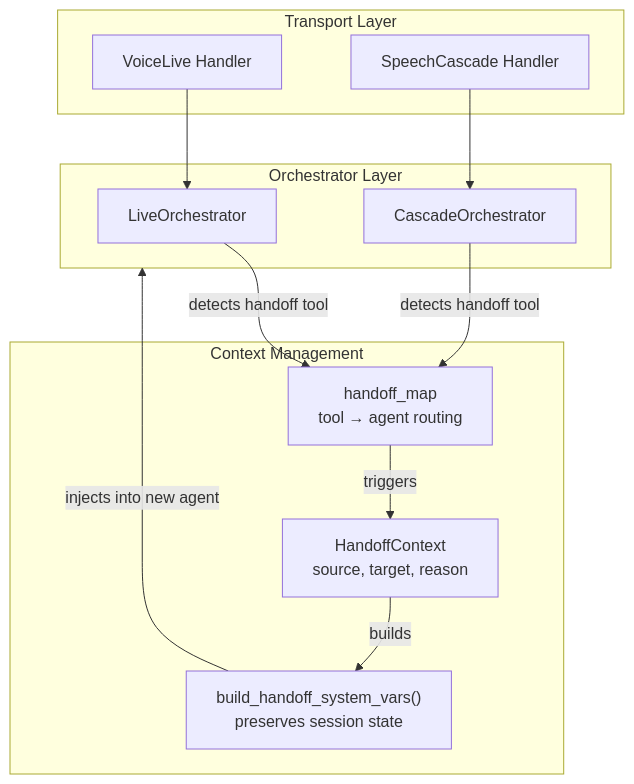
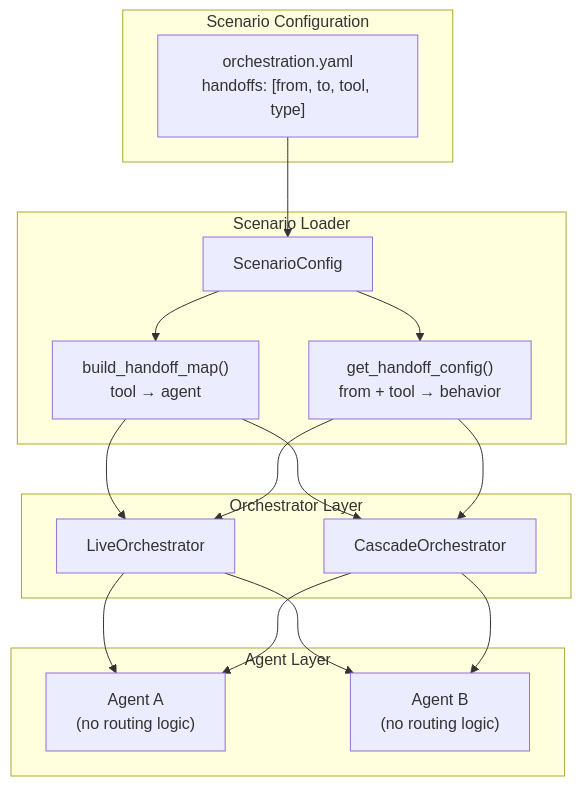
Before and after one commit to AIappsGBBFactory/art-voice-agent-accelerator: the second of 6 diagrams in docs/architecture/agents/handoffs.md, drawn with Mermaid. The commit also changed other lines of this file and 9 other files, not shown here.

First line of the commit message:
Add Insurance Voice Agent Scenario documentation and update navigation

````diff
--- a/docs/architecture/agents/handoffs.md
+++ b/docs/architecture/agents/handoffs.md
@@ -44,26 +76,34 @@
 ```mermaid
 flowchart TB
-    subgraph Handlers["Transport Layer"]
-        VLH["VoiceLive Handler"]
-        SCH["SpeechCascade Handler"]
+    subgraph Scenario["Scenario Configuration"]
+        yaml["orchestration.yaml<br/>handoffs: [from, to, tool, type]"]
     end
-
+    
+    subgraph Loader["Scenario Loader"]
+        config["ScenarioConfig"]
+        handoffMap["build_handoff_map()<br/>tool → agent"]
+        handoffLookup["get_handoff_config()<br/>from + tool → behavior"]
+    end
+    
     subgraph Orchestrators["Orchestrator Layer"]
         VLO["LiveOrchestrator"]
         SCO["CascadeOrchestrator"]
     end
-
-    subgraph Context["Context Management"]
-        HM["handoff_map<br/>tool → agent routing"]
-        HC["HandoffContext<br/>source, target, reason"]
-        BH["build_handoff_system_vars()<br/>preserves session state"]
+    
+    subgraph Agents["Agent Layer"]
+        AgentA["Agent A<br/>(no routing logic)"]
+        AgentB["Agent B<br/>(no routing logic)"]
     end
 
-    VLH --> VLO
-    SCH --> SCO
-    VLO -->|"detects handoff tool"| HM
-    SCO -->|"detects handoff tool"| HM
-    HM -->|"triggers"| HC
-    HC -->|"builds"| BH
-    BH -->|"injects into new agent"| Orchestrators
+    yaml --> config
+    config --> handoffMap
+    config --> handoffLookup
+    handoffMap --> VLO
+    handoffMap --> SCO
+    handoffLookup --> VLO
+    handoffLookup --> SCO
+    VLO --> AgentA
+    VLO --> AgentB
+    SCO --> AgentA
+    SCO --> AgentB
 ```
````
